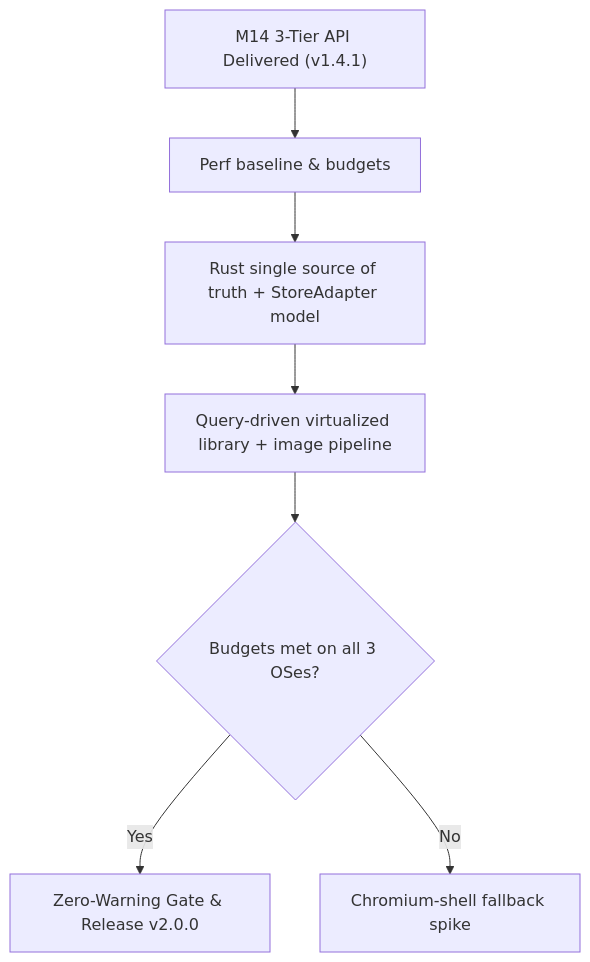
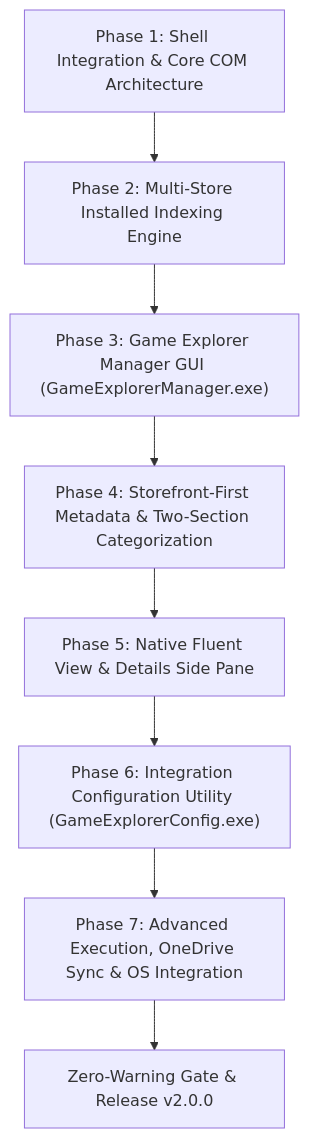
The diagram in ROADMAP.md (HELIX-Origin/universal-game-launcher), drawn with Mermaid before and after one commit. The commit also changed other lines of this file and 263 other files, not shown here.

Commit message:
feat(core,shell,config): rebrand to Windows Game Explorer and sync v2.0 native C++20 rewrite

````diff
--- a/ROADMAP.md
+++ b/ROADMAP.md
@@ -50,9 +49,10 @@
 ```mermaid
 flowchart TD
-    M14_Done["M14 3-Tier API Delivered (v1.4.1)"] --> M15_Base["Perf baseline & budgets"]
-    M15_Base --> M15_Core["Rust single source of truth + StoreAdapter model"]
-    M15_Core --> M15_UI["Query-driven virtualized library + image pipeline"]
-    M15_UI --> Gate{"Budgets met on all 3 OSes?"}
-    Gate -- Yes --> Rel["Zero-Warning Gate & Release v2.0.0"]
-    Gate -- No --> Shell["Chromium-shell fallback spike"]
+    P1["Phase 1: Shell Integration & Core COM Architecture"] --> P2["Phase 2: Multi-Store Installed Indexing Engine"]
+    P2 --> P3["Phase 3: Game Explorer Manager GUI (GameExplorerManager.exe)"]
+    P3 --> P4["Phase 4: Storefront-First Metadata & Two-Section Categorization"]
+    P4 --> P5["Phase 5: Native Fluent View & Details Side Pane"]
+    P5 --> P6["Phase 6: Integration Configuration Utility (GameExplorerConfig.exe)"]
+    P6 --> P7["Phase 7: Advanced Execution, OneDrive Sync & OS Integration"]
+    P7 --> Rel["Zero-Warning Gate & Release v2.0.0"]
 ```
````
